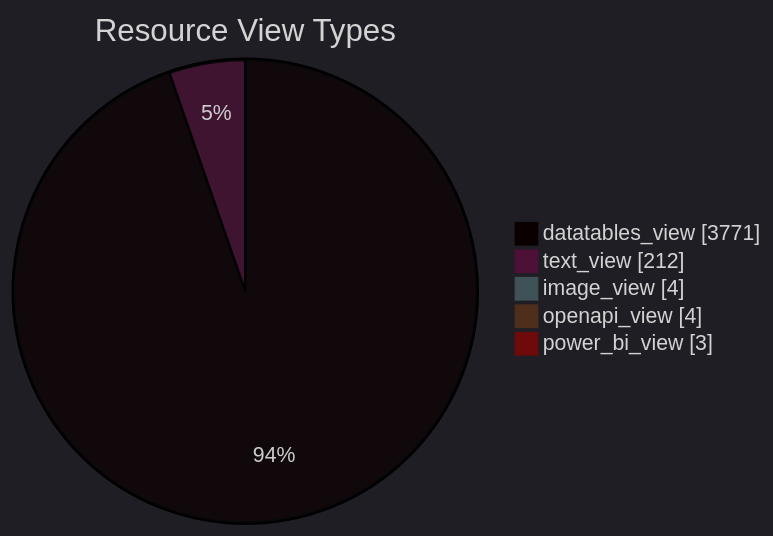
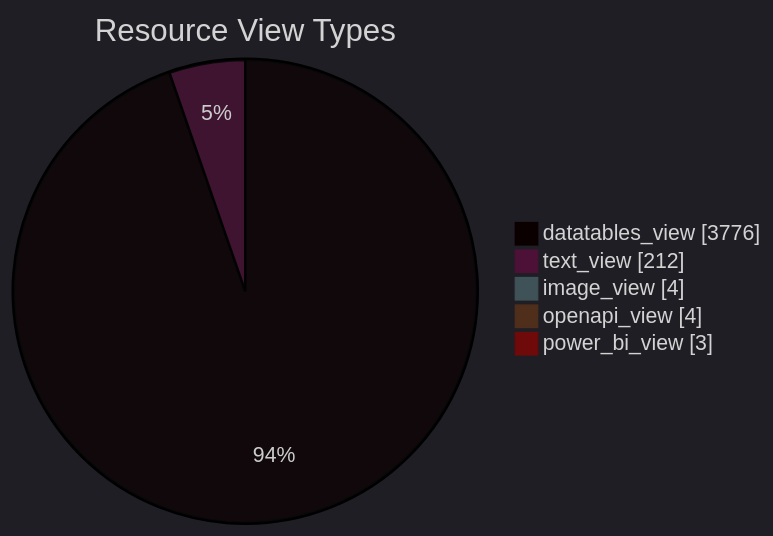
One commit to open-data/analytics-corporate-reporting changed the diagram in datastore_tracker/resource_view_types_pie_chart.md. Above: the diagram before and after it, drawn with Mermaid. The commit also changed 11 other files, not shown here.

````diff
--- a/datastore_tracker/resource_view_types_pie_chart.md
+++ b/datastore_tracker/resource_view_types_pie_chart.md
@@ -2,12 +2,12 @@
 ```mermaid
 ---
 config:
   theme: dark
 ---
 pie showData title Resource View Types
-    "datatables_view": 3771
+    "datatables_view": 3776
     "text_view": 212
     "image_view": 4
     "openapi_view": 4
     "power_bi_view": 3
 ```
````
